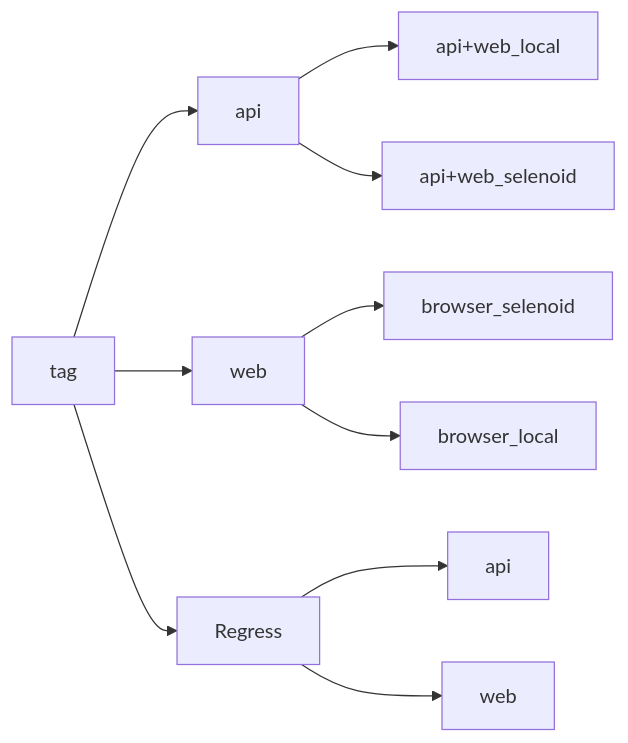
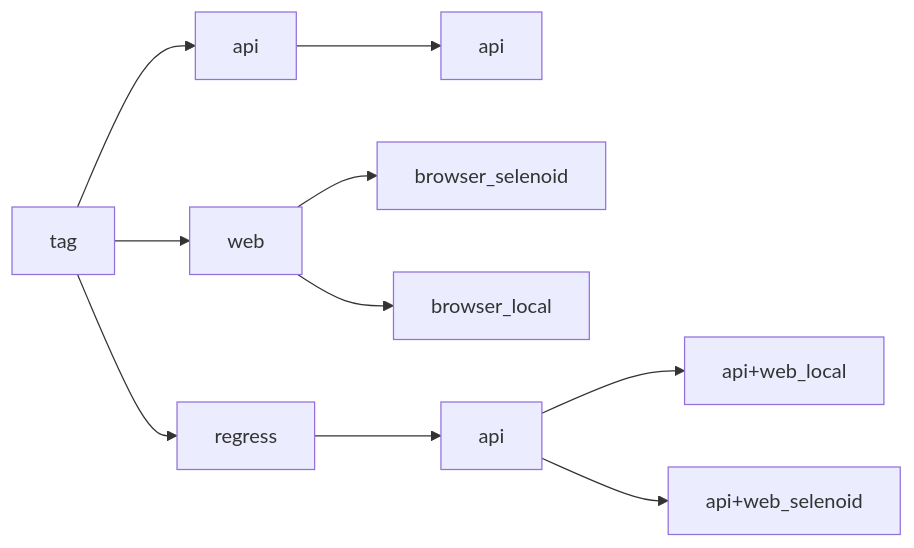
The first of 2 diagrams in README.md (VadimTolstov/allure_api_ui), drawn with Mermaid before and after one commit.

Commit message:
readme v0.3

````diff
--- a/README.md
+++ b/README.md
@@ -89,12 +89,12 @@
 ```mermaid
 graph LR
 A[tag] --> B[api]
 A --> C[web]
-A --> D[Regress]
-B --> K[api+web_local]
-B --> L[api+web_selenoid]
+A --> D[regress]
+B --> K[api]
 C --> E[browser_selenoid]
 C --> F[browser_local]
 D --> G[api]
-D --> H[web]
+G --> N[api+web_local]
+G --> T[api+web_selenoid]
 ```
````
